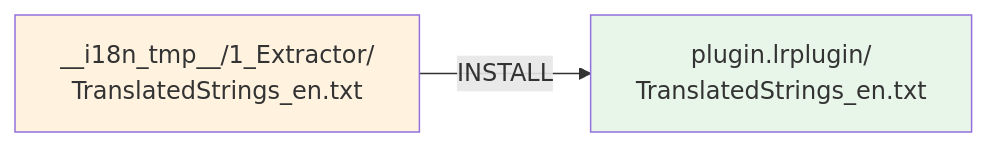
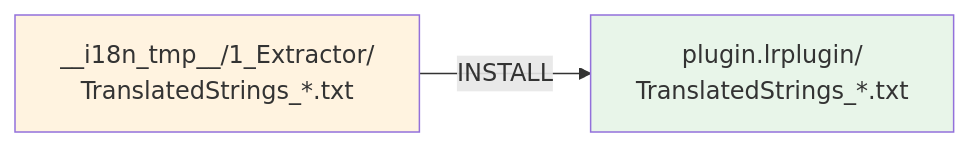
The fourth of 10 diagrams in 3_Translator/__doc/fr/Lisez-moi.md (Gotcha26/Adobe_Lightroom_Translation_Plugins_Kit), drawn with Mermaid before and after one commit. The commit also changed other lines of this file and 3 other files, not shown here.

````diff
--- a/3_Translator/__doc/fr/Lisez-moi.md
+++ b/3_Translator/__doc/fr/Lisez-moi.md
@@ -158,7 +160,7 @@
 ```mermaid
 flowchart LR
-    A["__i18n_tmp__/1_Extractor/<br/>TranslatedStrings_en.txt"] -->|INSTALL| B["plugin.lrplugin/<br/>TranslatedStrings_en.txt"]
+    A["__i18n_tmp__/1_Extractor/<br/>TranslatedStrings_*.txt"] -->|INSTALL| B["plugin.lrplugin/<br/>TranslatedStrings_*.txt"]
 
     style A fill:#FFF3E0
     style B fill:#E8F5E9
 ```
````
